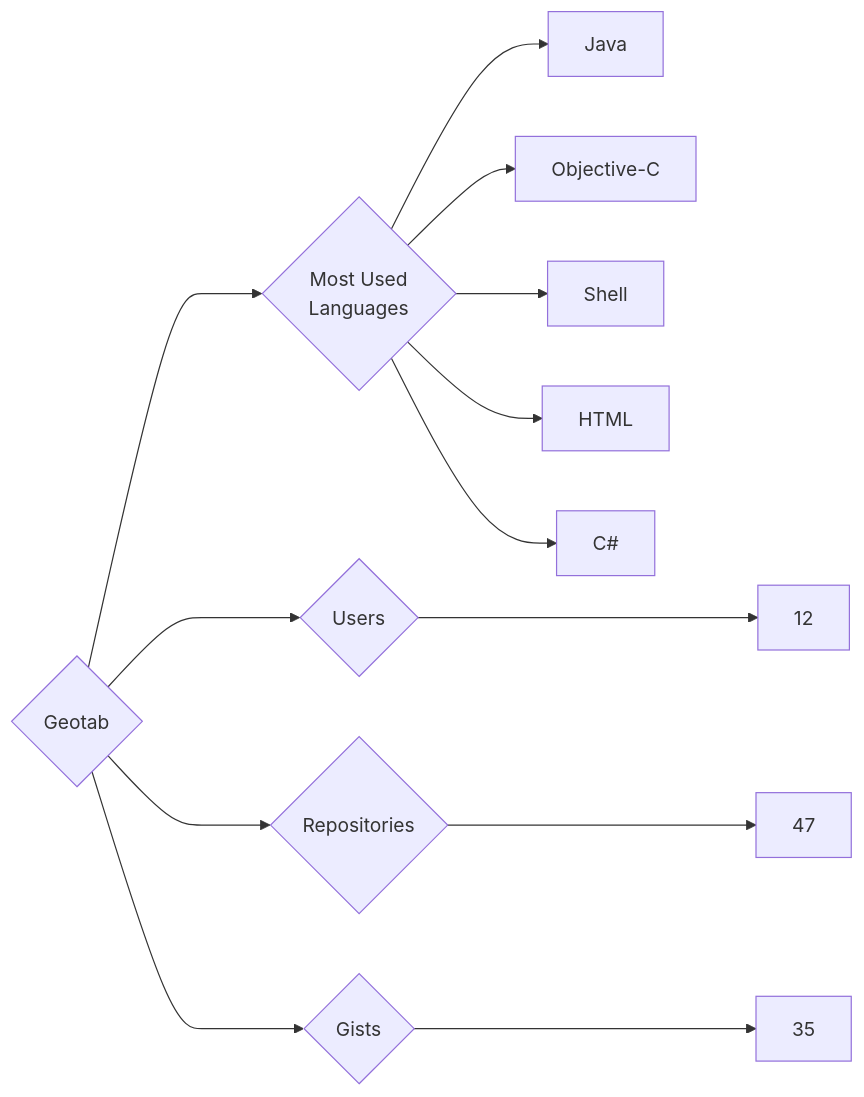
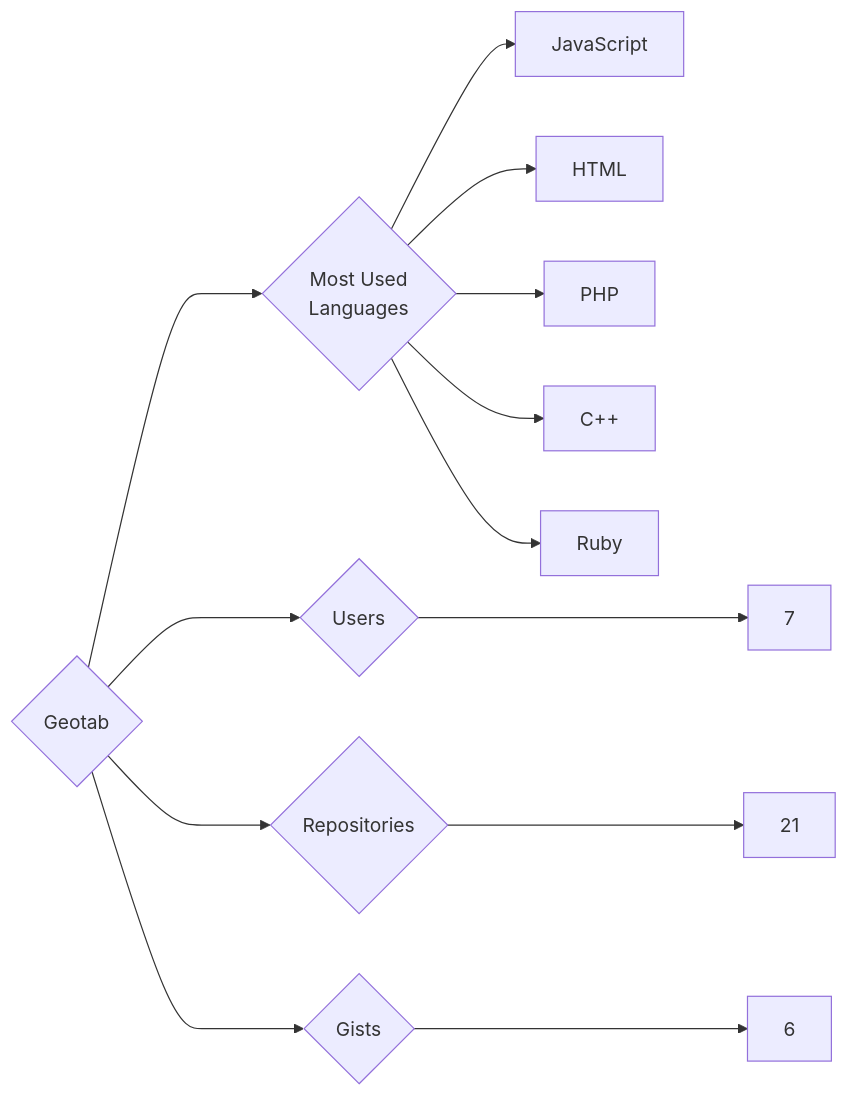
Before and after one commit to trickest/insiders: the diagram in targets/Geotab/README.md, drawn with Mermaid. The commit also changed 1314 other files, not shown here.

````diff
--- a/targets/Geotab/README.md
+++ b/targets/Geotab/README.md
@@ -3,13 +3,13 @@
 ```mermaid
 graph LR
 COMPANY_NAME{Geotab}
-COMPANY_NAME ---> U{Users} ---> UN[12]
-COMPANY_NAME ---> R{Repositories} ---> RN[47]
-COMPANY_NAME ---> G{Gists} ---> GN[35]
+COMPANY_NAME ---> U{Users} ---> UN[7]
+COMPANY_NAME ---> R{Repositories} ---> RN[21]
+COMPANY_NAME ---> G{Gists} ---> GN[6]
 COMPANY_NAME ---> ML{Most Used<br>Languages}
-ML --> Java[Java]
-ML --> Objective-C[Objective-C]
-ML --> Shell[Shell]
+ML --> JavaScript[JavaScript]
 ML --> HTML[HTML]
-ML --> C#[C#]
+ML --> PHP[PHP]
+ML --> C++[C++]
+ML --> Ruby[Ruby]
 ```
````
